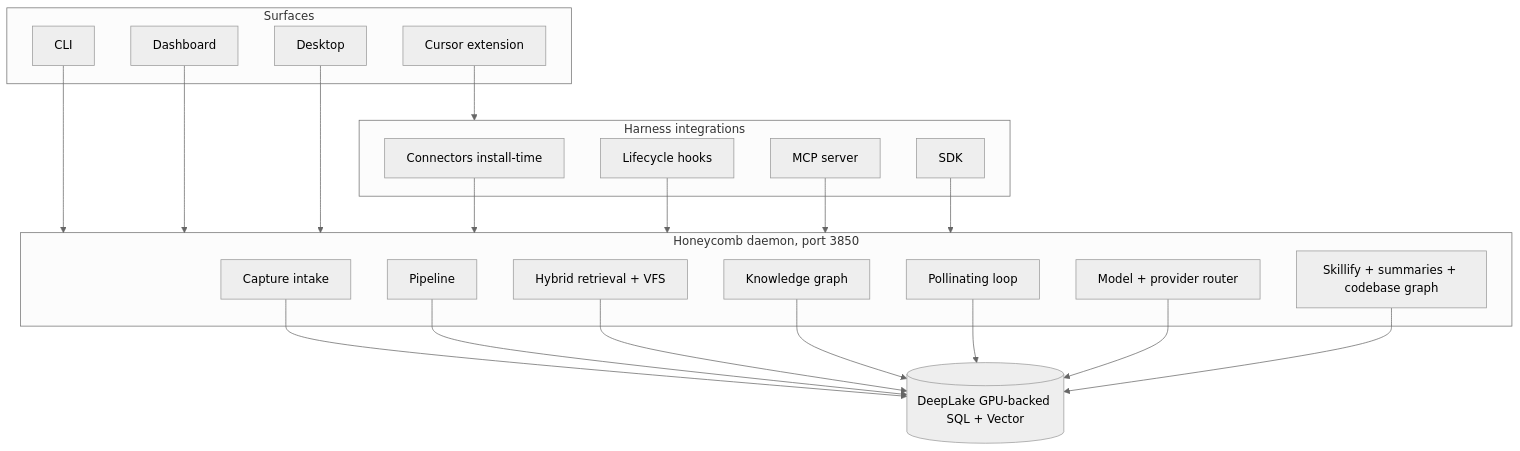
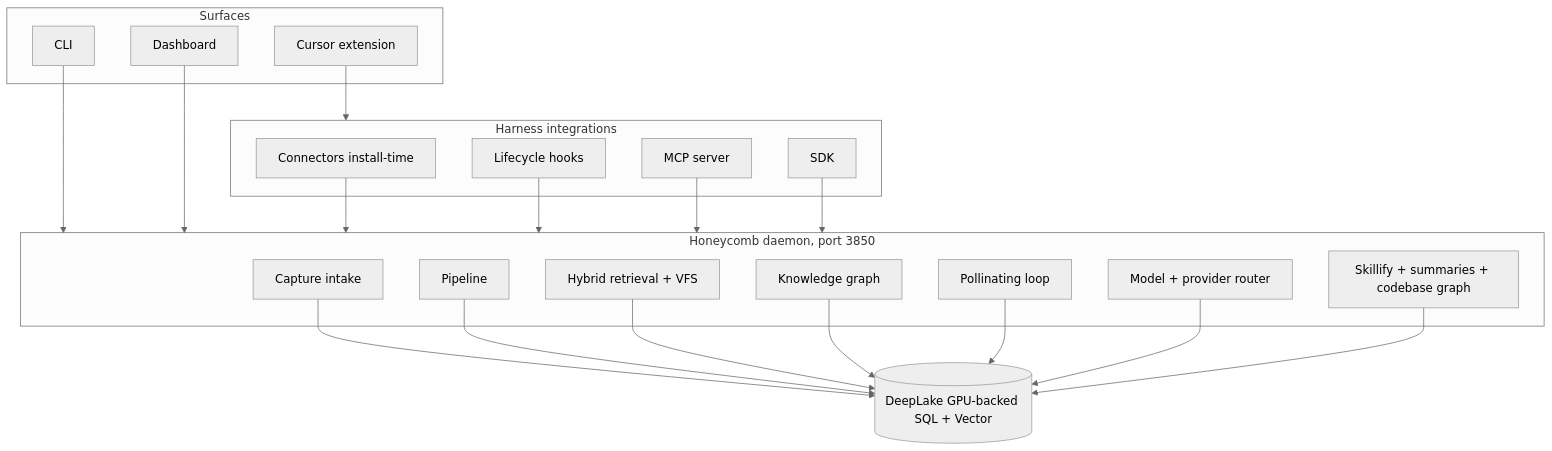
Before and after one commit to legioncodeinc/honeycomb: the diagram in library/knowledge/private/architecture/system-overview.md, drawn with Mermaid (neutral theme). The commit also changed other lines of this file and 279 other files, not shown here.

````diff
--- a/library/knowledge/private/architecture/system-overview.md
+++ b/library/knowledge/private/architecture/system-overview.md
@@ -27,41 +28,39 @@
 ```mermaid
 flowchart TB
     subgraph surfaces[Surfaces]
         cli[CLI]
         dash[Dashboard]
         cursorExt[Cursor extension]
-        desktop[Desktop]
     end
     subgraph integrations[Harness integrations]
         connectors[Connectors install-time]
         hooks[Lifecycle hooks]
         mcp[MCP server]
         sdk[SDK]
     end
     subgraph runtime[Honeycomb daemon, port 3850]
         capture[Capture intake]
         pipeline[Pipeline]
         retrieval[Hybrid retrieval + VFS]
         ontology[Knowledge graph]
         pollinating[Pollinating loop]
         router[Model + provider router]
         workers[Skillify + summaries + codebase graph]
     end
     store[(DeepLake GPU-backed SQL + Vector)]
 
     cli --> runtime
     dash --> runtime
     cursorExt --> integrations
-    desktop --> runtime
     connectors --> runtime
     hooks --> runtime
     mcp --> runtime
     sdk --> runtime
     capture --> store
     pipeline --> store
     retrieval --> store
     ontology --> store
     pollinating --> store
     router --> store
     workers --> store
 ```
````
